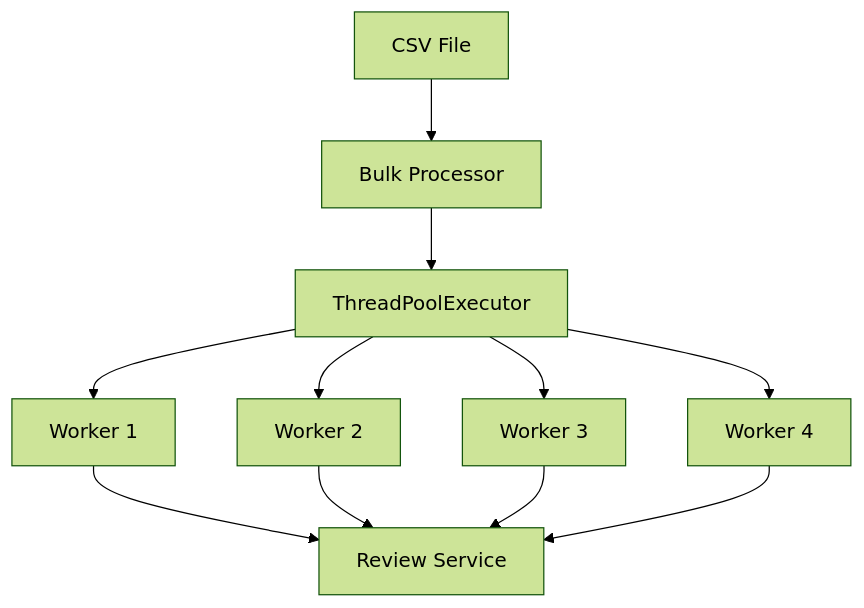
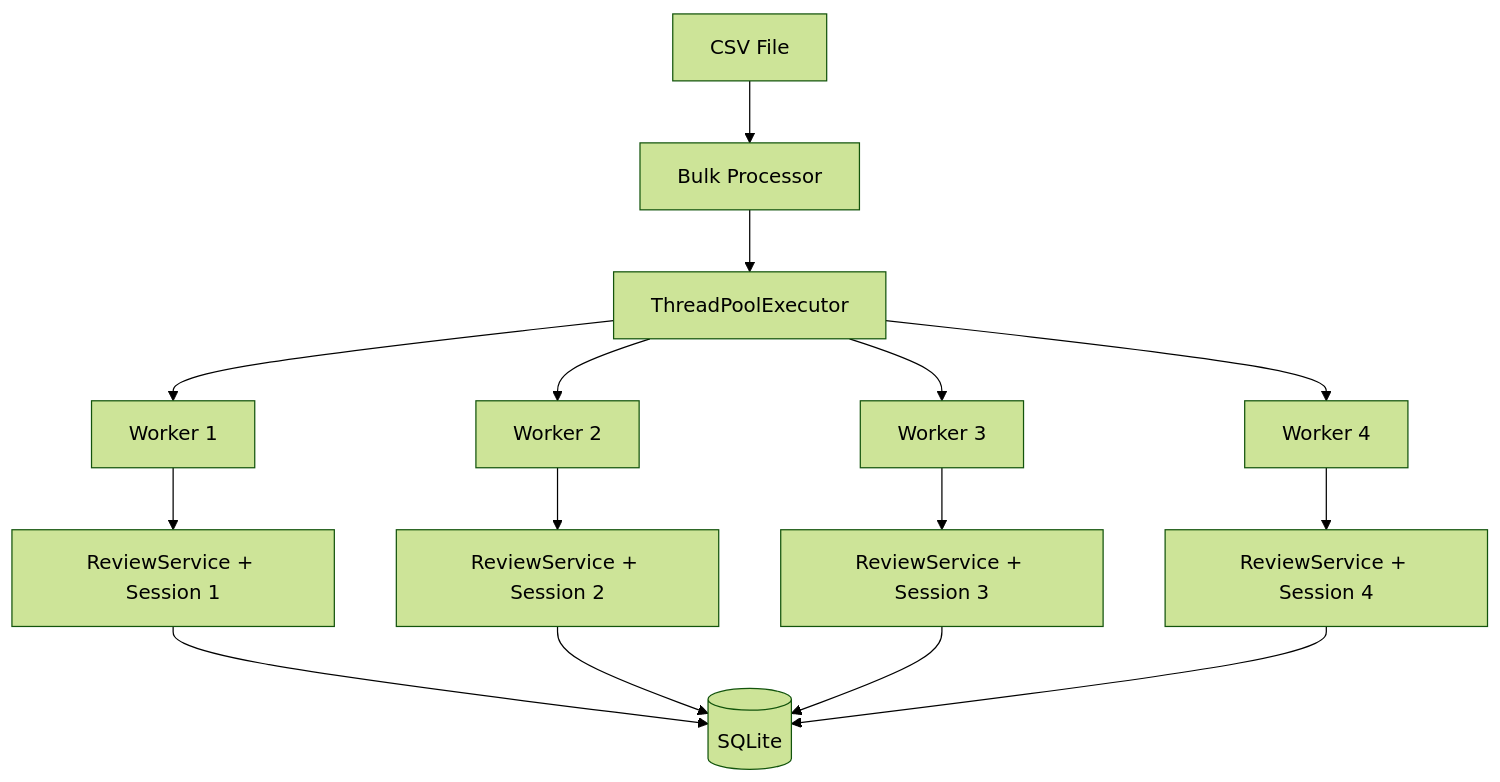
The seventh of 9 diagrams in DESIGN DOC.md (shaikalishamuskaan/MINI_PROJECT), drawn with Mermaid (forest theme) before and after one commit. The commit also changed other lines of this file and 2 other files, not shown here.

````diff
--- a/DESIGN DOC.md
+++ b/DESIGN DOC.md
@@ -669,13 +1246,19 @@
 ```mermaid
 flowchart TD
     CSV["CSV File"] --> BP["Bulk Processor"]
     BP --> TP["ThreadPoolExecutor"]
     TP --> W1["Worker 1"]
     TP --> W2["Worker 2"]
     TP --> W3["Worker 3"]
     TP --> W4["Worker 4"]
-    W1 --> S["Review Service"]
-    W2 --> S
-    W3 --> S
-    W4 --> S
+
+    W1 --> S1["ReviewService + Session 1"]
+    W2 --> S2["ReviewService + Session 2"]
+    W3 --> S3["ReviewService + Session 3"]
+    W4 --> S4["ReviewService + Session 4"]
+
+    S1 --> DB[("SQLite")]
+    S2 --> DB
+    S3 --> DB
+    S4 --> DB
 ```
````
